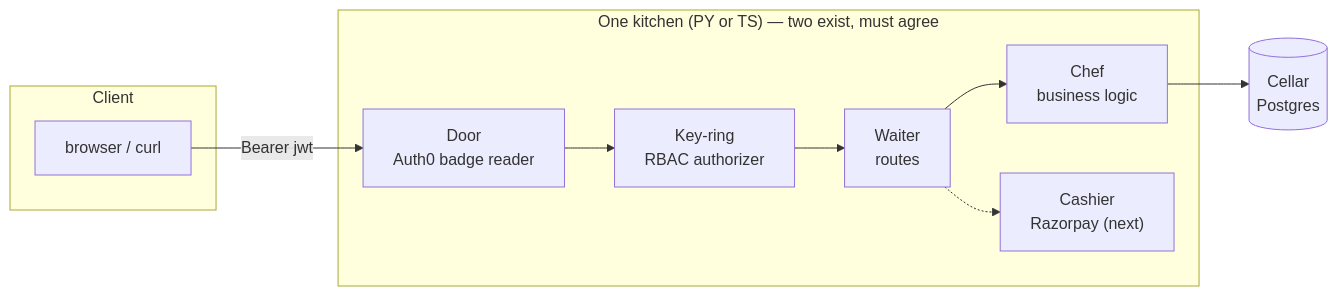
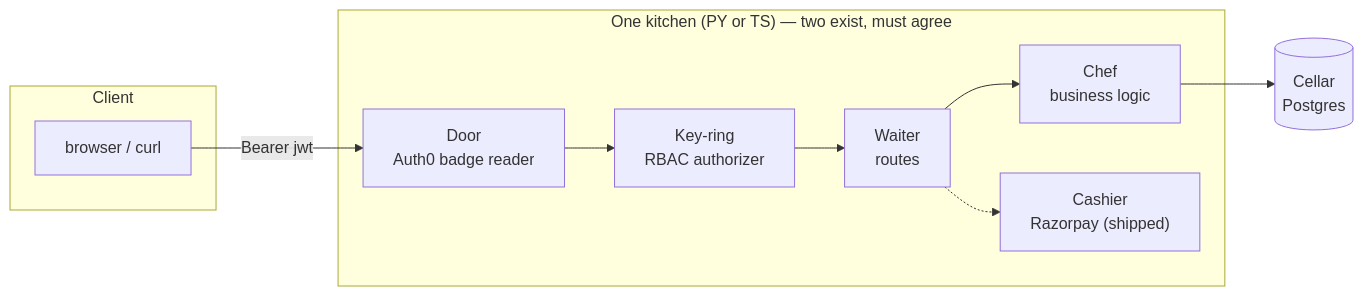
One commit to ratneshmurugesan/tech-foundry changed the diagram in docs_v2/product/taskflow/taskflow-build.md. Above: the diagram before and after it, drawn with Mermaid. The commit also changed other lines of this file, not shown here.

````diff
--- a/docs_v2/product/taskflow/taskflow-build.md
+++ b/docs_v2/product/taskflow/taskflow-build.md
@@ -113,16 +115,16 @@
 ```mermaid
 flowchart LR
   subgraph client["Client"]
     C["browser / curl"]
   end
   subgraph kitchen["One kitchen (PY or TS) — two exist, must agree"]
     DOOR["Door<br/>Auth0 badge reader"]
     KEYS["Key-ring<br/>RBAC authorizer"]
     ROUTE["Waiter<br/>routes"]
     CHEF["Chef<br/>business logic"]
-    CASH["Cashier<br/>Razorpay (next)"]
+    CASH["Cashier<br/>Razorpay (shipped)"]
   end
   CELLAR[("Cellar<br/>Postgres")]
   C -->|Bearer jwt| DOOR --> KEYS --> ROUTE --> CHEF --> CELLAR
   ROUTE -.-> CASH
 ```
````
